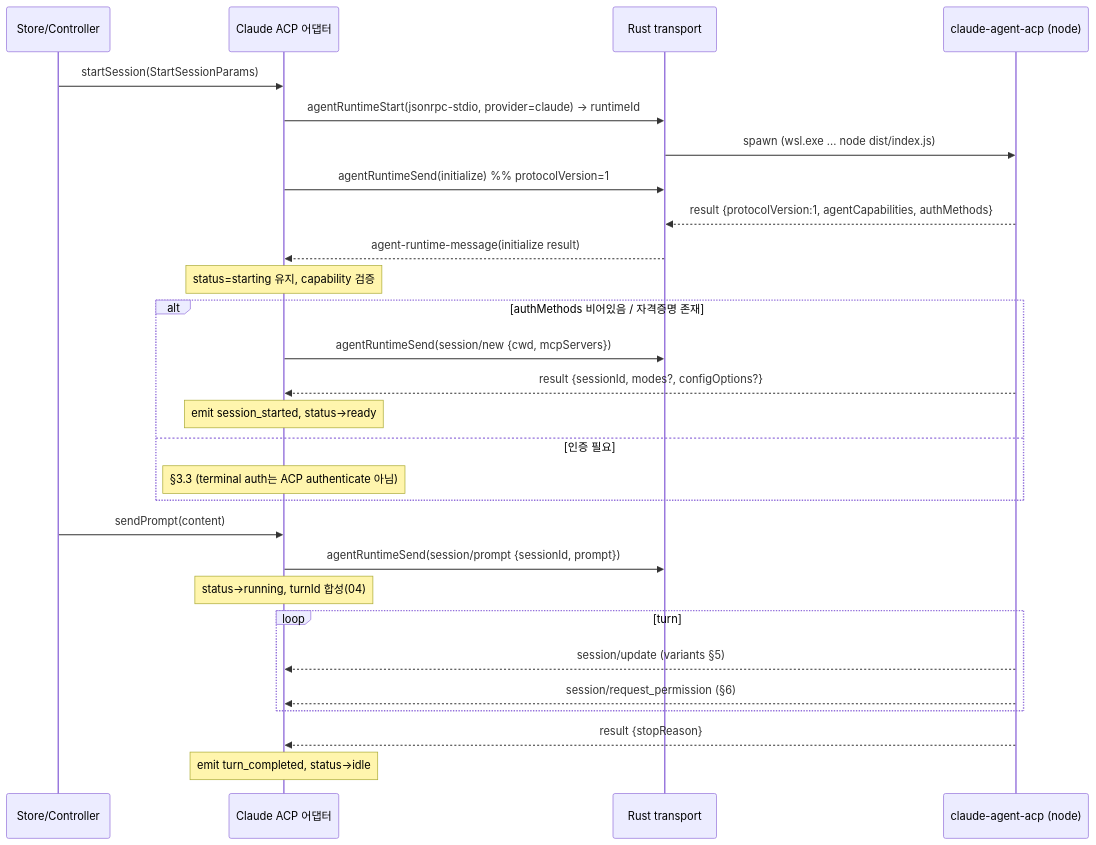
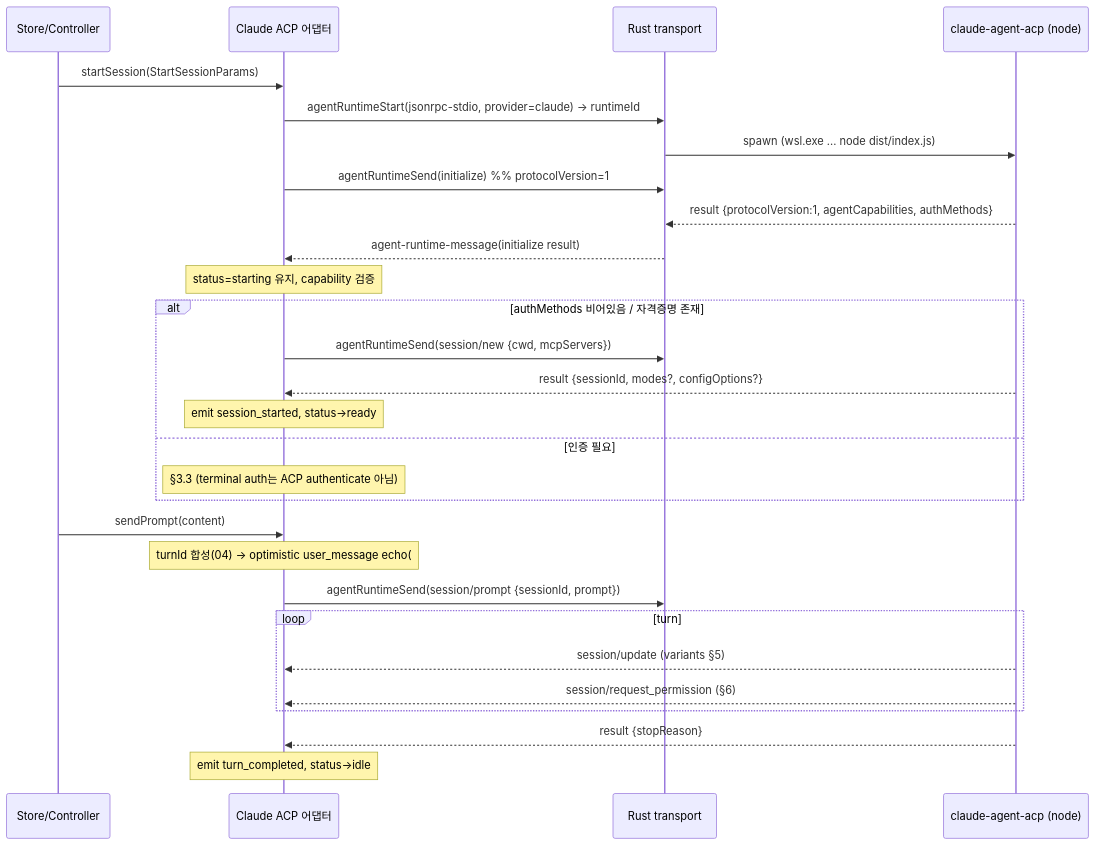
The diagram in docs/plans/agent-direct-runtime/06-claude-acp-adapter.md (ummoftgo/clcomx), drawn with Mermaid before and after one commit. The commit also changed other lines of this file and 6 other files, not shown here.

````diff
--- a/docs/plans/agent-direct-runtime/06-claude-acp-adapter.md
+++ b/docs/plans/agent-direct-runtime/06-claude-acp-adapter.md
@@ -170,31 +170,31 @@
 ```mermaid
 sequenceDiagram
   participant UI as Store/Controller
   participant AD as Claude ACP 어댑터
   participant RT as Rust transport
   participant CL as claude-agent-acp (node)
 
   UI->>AD: startSession(StartSessionParams)
   AD->>RT: agentRuntimeStart(jsonrpc-stdio, provider=claude) → runtimeId
   RT->>CL: spawn (wsl.exe ... node dist/index.js)
   AD->>RT: agentRuntimeSend(initialize)  %% protocolVersion=1
   CL-->>RT: result {protocolVersion:1, agentCapabilities, authMethods}
   RT-->>AD: agent-runtime-message(initialize result)
   Note over AD: status=starting 유지, capability 검증
   alt authMethods 비어있음 / 자격증명 존재
     AD->>RT: agentRuntimeSend(session/new {cwd, mcpServers})
     CL-->>AD: result {sessionId, modes?, configOptions?}
     Note over AD: emit session_started, status→ready
   else 인증 필요
     Note over AD: §3.3 (terminal auth는 ACP authenticate 아님)
   end
   UI->>AD: sendPrompt(content)
+  Note over AD: turnId 합성(04) → optimistic user_message echo(#3, §3.6) → status→running
   AD->>RT: agentRuntimeSend(session/prompt {sessionId, prompt})
-  Note over AD: status→running, turnId 합성(04)
   loop turn
     CL-->>AD: session/update (variants §5)
     CL-->>AD: session/request_permission (§6)
   end
   CL-->>AD: result {stopReason}
   Note over AD: emit turn_completed, status→idle
 ```
````
